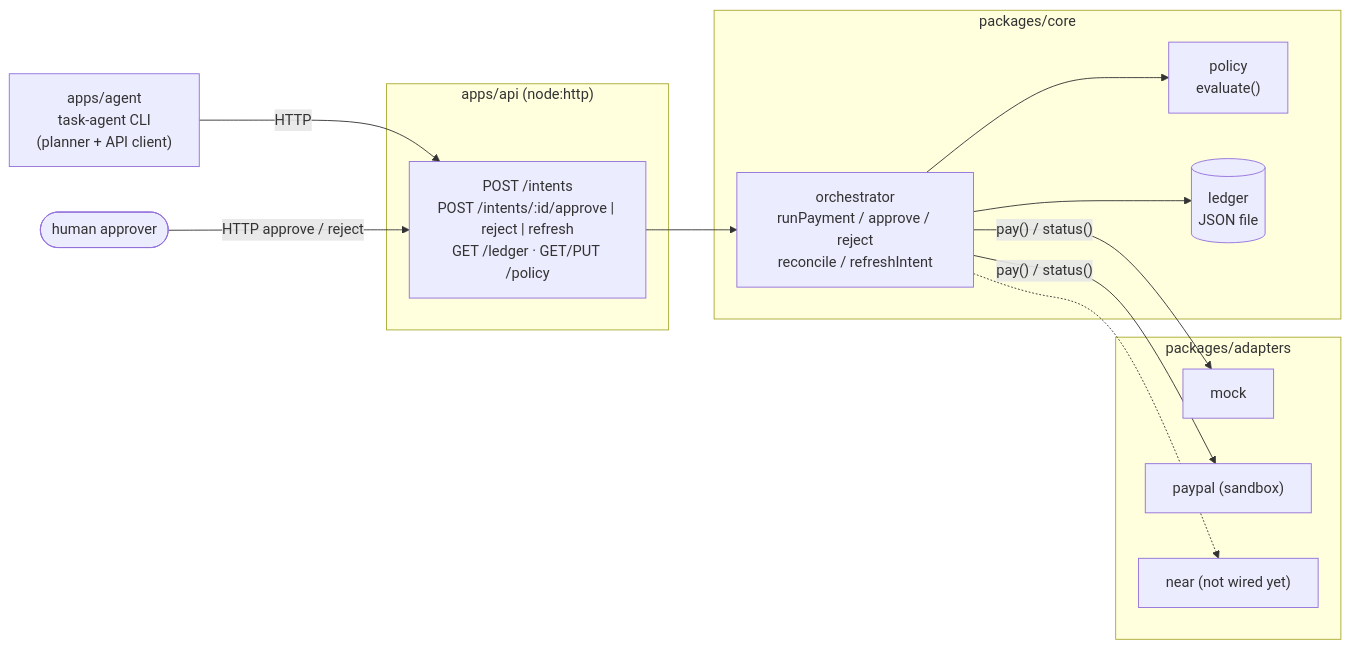
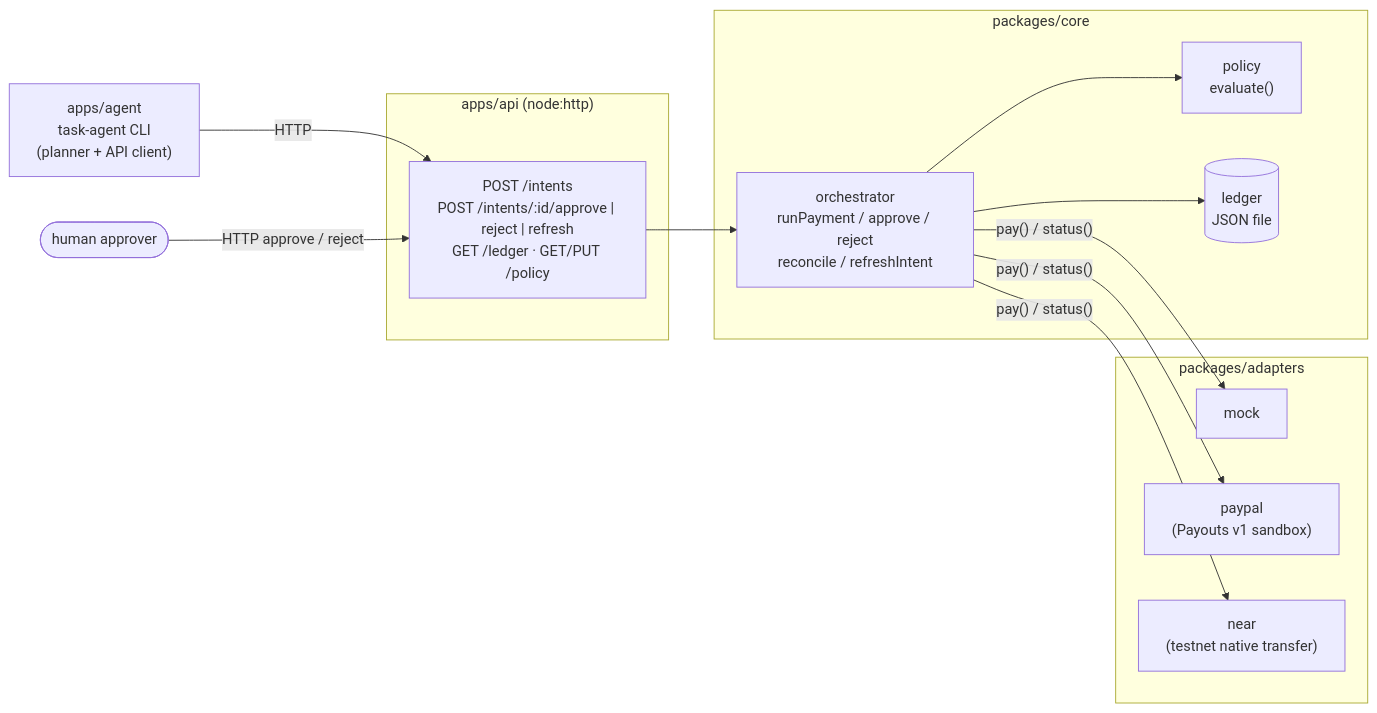
Before and after one commit to tmdry4530/agent-pay-public: the diagram in README.md, drawn with Mermaid. The commit also changed other lines of this file and 6 other files, not shown here.

First line of the commit message:
docs: describe PayPal Payouts / NEAR testnet rails and the /rail source of truth

````diff
--- a/README.md
+++ b/README.md
@@ -34,26 +35,26 @@
 ```mermaid
 flowchart LR
   agent["apps/agent<br/>task-agent CLI<br/>(planner + API client)"]
   human(["human approver"])
   subgraph api["apps/api (node:http)"]
     routes["POST /intents<br/>POST /intents/:id/approve | reject | refresh<br/>GET /ledger · GET/PUT /policy"]
   end
   subgraph core["packages/core"]
     policy["policy<br/>evaluate()"]
     orchestrator["orchestrator<br/>runPayment / approve / reject<br/>reconcile / refreshIntent"]
     ledger[("ledger<br/>JSON file")]
   end
   subgraph adapters["packages/adapters"]
     mock["mock"]
-    paypal["paypal (sandbox)"]
-    near["near (not wired yet)"]
+    paypal["paypal<br/>(Payouts v1 sandbox)"]
+    near["near<br/>(testnet native transfer)"]
   end
   agent -- HTTP --> routes
   human -- "HTTP approve / reject" --> routes
   routes --> orchestrator
   orchestrator --> policy
   orchestrator --> ledger
   orchestrator -- "pay() / status()" --> mock
   orchestrator -- "pay() / status()" --> paypal
-  orchestrator -.-> near
+  orchestrator -- "pay() / status()" --> near
 ```
````
